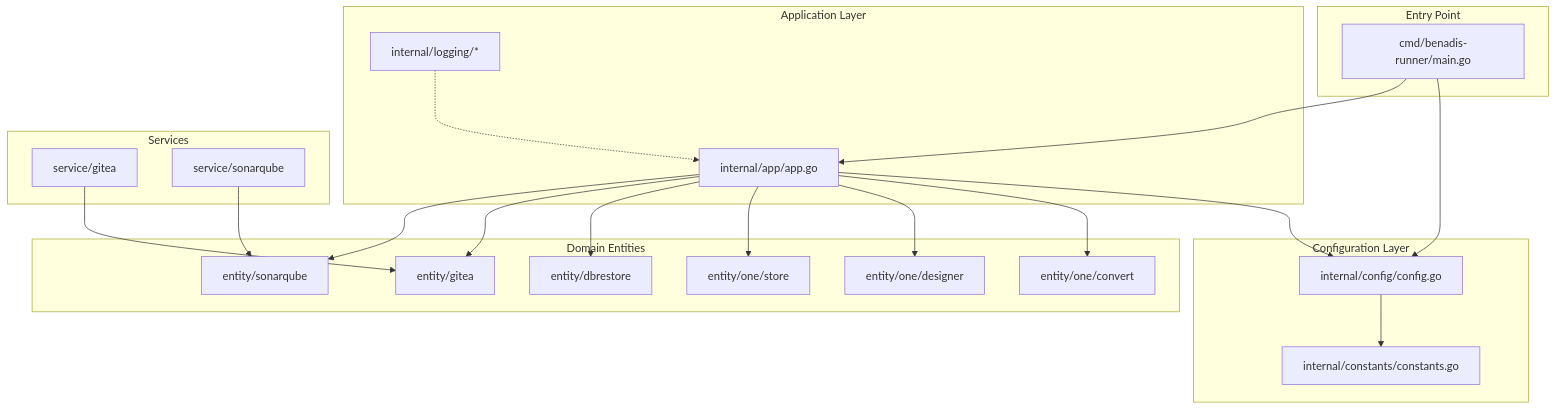
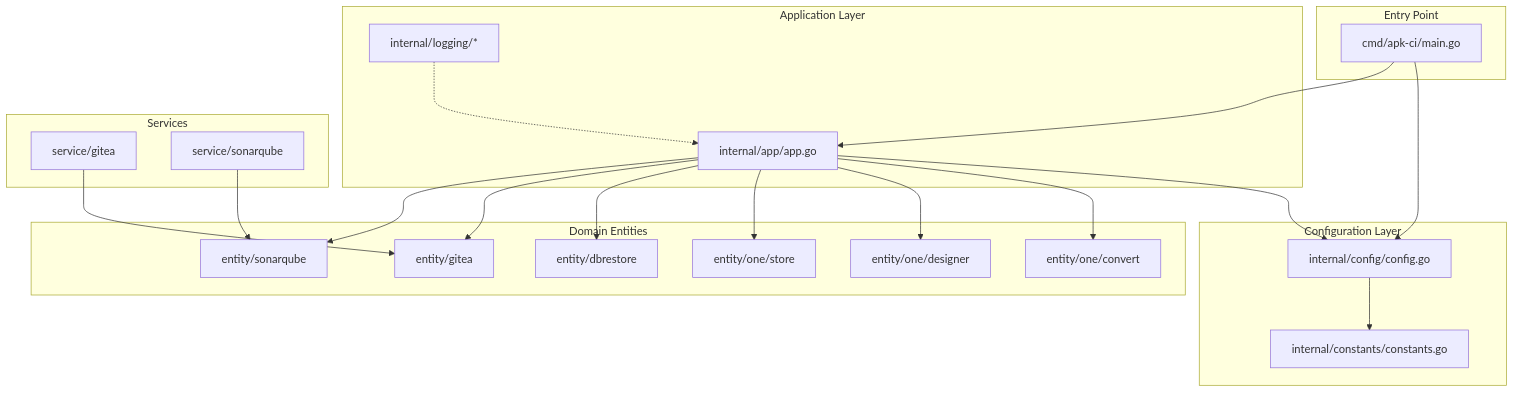
The seventh of 7 diagrams in .qoder/repowiki/en/content/Development Guide/Architectural Foundation.md (Kargones/apk-ci), drawn with Mermaid before and after one commit. The commit also changed other lines of this file and 189 other files, not shown here.

Commit message:
Замена benadis-runner на apk-ci.

````diff
--- a/.qoder/repowiki/en/content/Development Guide/Architectural Foundation.md
+++ b/.qoder/repowiki/en/content/Development Guide/Architectural Foundation.md
@@ -306,39 +306,39 @@
 ```mermaid
 graph TB
 subgraph "Entry Point"
-MAIN["cmd/benadis-runner/main.go"]
+MAIN["cmd/apk-ci/main.go"]
 end
 subgraph "Configuration Layer"
 CONFIG["internal/config/config.go"]
 CONST["internal/constants/constants.go"]
 end
 subgraph "Application Layer"
 APP["internal/app/app.go"]
 LOGGING["internal/logging/*"]
 end
 subgraph "Domain Entities"
 CONVERT["entity/one/convert"]
 DESIGNER["entity/one/designer"]
 STORE["entity/one/store"]
 DBRESTORE["entity/dbrestore"]
 GITEA["entity/gitea"]
 SONARQUBE["entity/sonarqube"]
 end
 subgraph "Services"
 GITEASVC["service/gitea"]
 SQSVC["service/sonarqube"]
 end
 MAIN --> CONFIG
 MAIN --> APP
 APP --> CONFIG
 APP --> CONVERT
 APP --> DESIGNER
 APP --> STORE
 APP --> DBRESTORE
 APP --> GITEA
 APP --> SONARQUBE
 CONFIG --> CONST
 GITEASVC --> GITEA
 SQSVC --> SONARQUBE
 LOGGING -.-> APP
 ```
````
